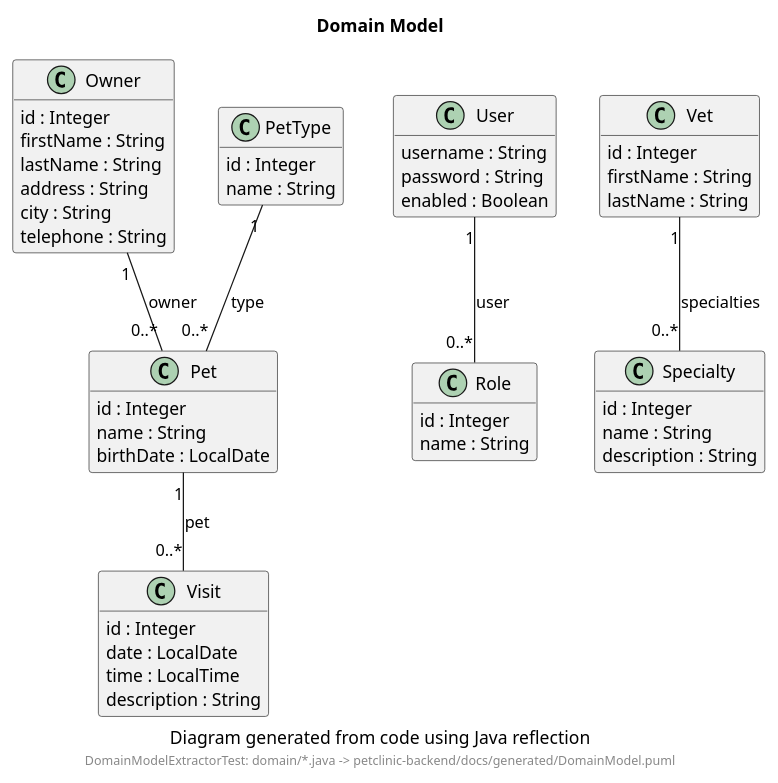
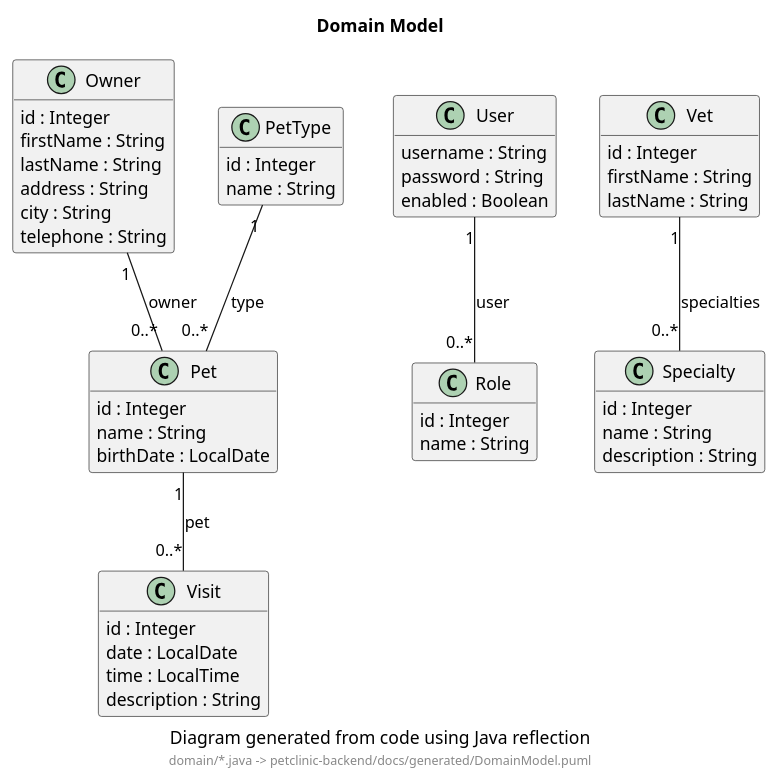
The diagram in petclinic-backend/docs/generated/DomainModel.puml (victorrentea/petclinic), drawn with PlantUML before and after one commit. The commit also changed 4 other files, not shown here.

First line of the commit message:
docs(diagrams): footers read as the pipeline that produced the file

```diff
--- a/petclinic-backend/docs/generated/DomainModel.puml
+++ b/petclinic-backend/docs/generated/DomainModel.puml
@@ -1,59 +1,59 @@
 @startuml
 
 title Domain Model
 caption Diagram generated from code using Java reflection
-footer DomainModelExtractorTest: domain/*.java -> petclinic-backend/docs/generated/DomainModel.puml
+footer domain/*.java -> petclinic-backend/docs/generated/DomainModel.puml
 
 hide empty members
 skinparam classAttributeIconSize 0
 
 class Owner {
   id : Integer
   firstName : String
   lastName : String
   address : String
   city : String
   telephone : String
 }
 class Pet {
   id : Integer
   name : String
   birthDate : LocalDate
 }
 class PetType {
   id : Integer
   name : String
 }
 class Role {
   id : Integer
   name : String
 }
 class Specialty {
   id : Integer
   name : String
   description : String
 }
 class User {
   username : String
   password : String
   enabled : Boolean
 }
 class Vet {
   id : Integer
   firstName : String
   lastName : String
 }
 class Visit {
   id : Integer
   date : LocalDate
   time : LocalTime
   description : String
 }
 
 Owner "1" -- "0..*" Pet : owner
 Pet "1" -- "0..*" Visit : pet
 PetType "1" -- "0..*" Pet : type
 User "1" -- "0..*" Role : user
 Vet "1" -- "0..*" Specialty : specialties
 
 @enduml
```
